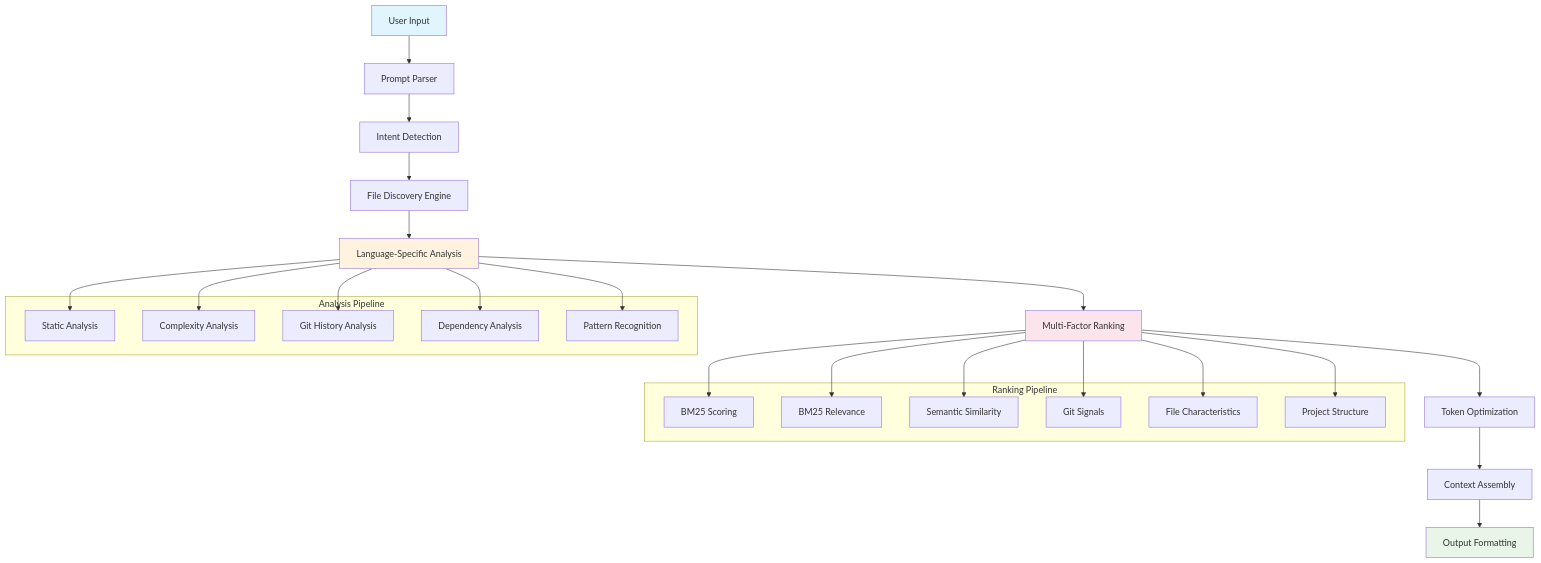
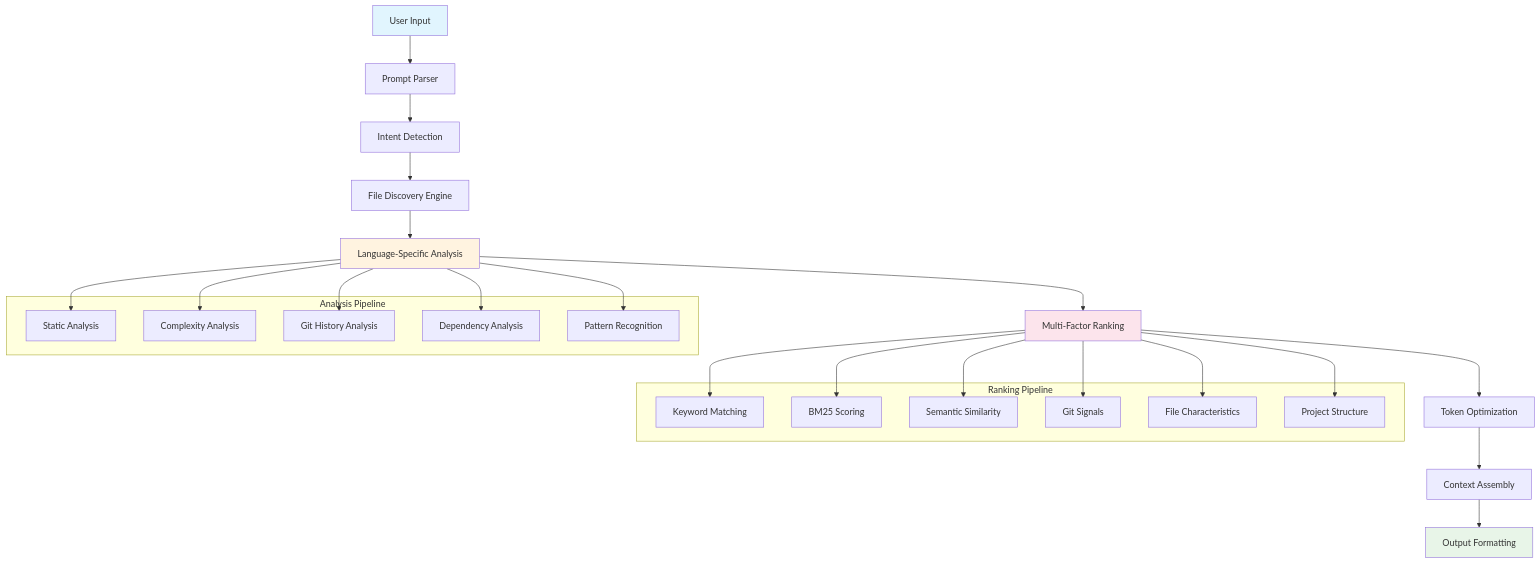
The first of 11 diagrams in docs/architecture/core_systems.md (jddunn/tenets), drawn with Mermaid before and after one commit. The commit also changed other lines of this file and 28 other files, not shown here.

````diff
--- a/docs/architecture/core_systems.md
+++ b/docs/architecture/core_systems.md
@@ -16,46 +72,46 @@
 ```mermaid
 graph TB
     A[User Input] --> B[Prompt Parser]
     B --> C[Intent Detection]
     C --> D[File Discovery Engine]
     D --> E[Language-Specific Analysis]
     E --> F[Multi-Factor Ranking]
     F --> G[Token Optimization]
     G --> H[Context Assembly]
     H --> I[Output Formatting]
 
     subgraph "Analysis Pipeline"
         E1[Static Analysis]
         E2[Complexity Analysis]
         E3[Git History Analysis]
         E4[Dependency Analysis]
         E5[Pattern Recognition]
     end
 
     subgraph "Ranking Pipeline"
-        F1[BM25 Scoring]
-        F2[BM25 Relevance]
+        F1[Keyword Matching]
+        F2[BM25 Scoring]
         F3[Semantic Similarity]
         F4[Git Signals]
         F5[File Characteristics]
         F6[Project Structure]
     end
 
     E --> E1
     E --> E2
     E --> E3
     E --> E4
     E --> E5
 
     F --> F1
     F --> F2
     F --> F3
     F --> F4
     F --> F5
     F --> F6
 
     style A fill:#e1f5fe
     style I fill:#e8f5e8
     style E fill:#fff3e0
     style F fill:#fce4ec
 ```
````
